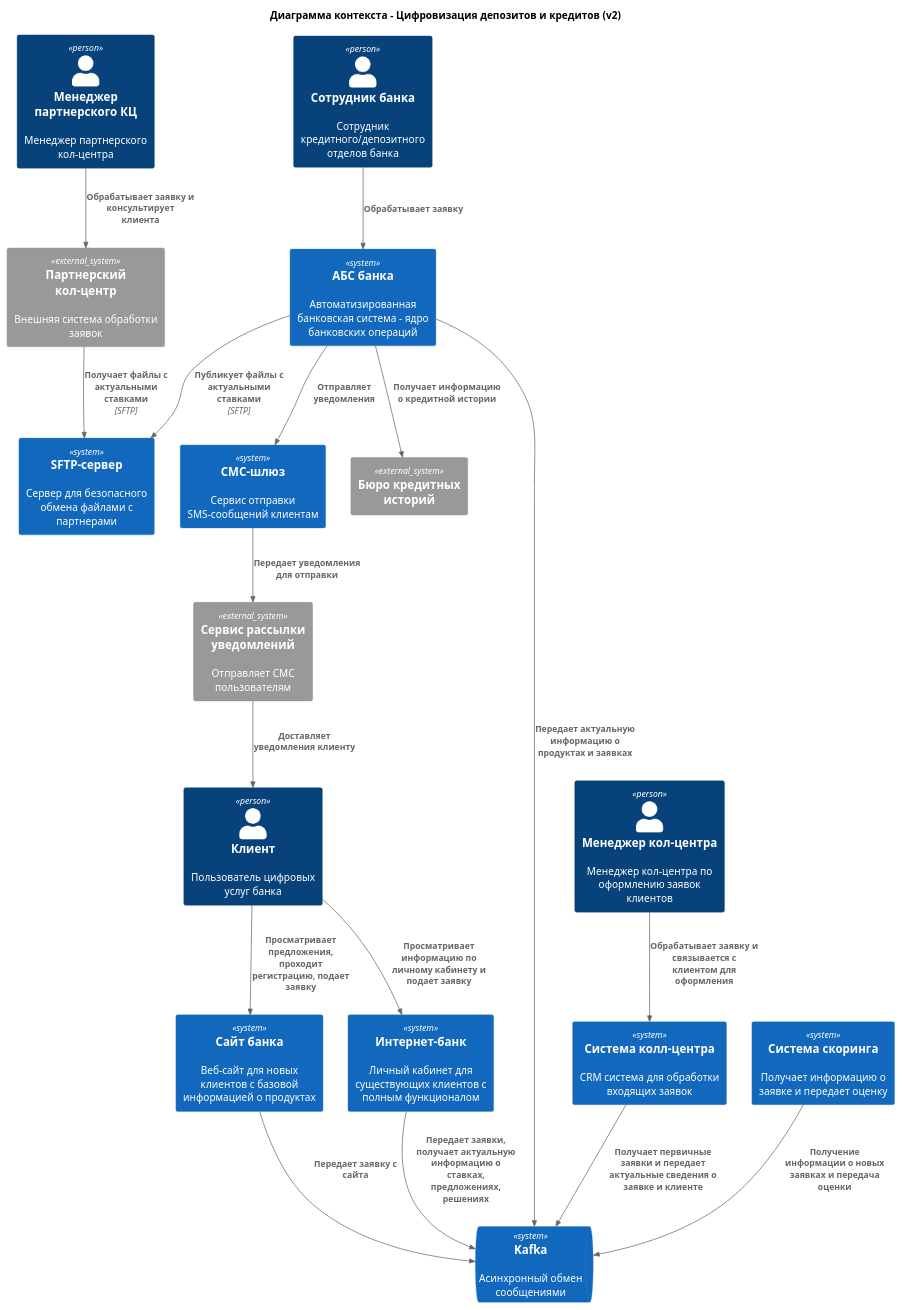
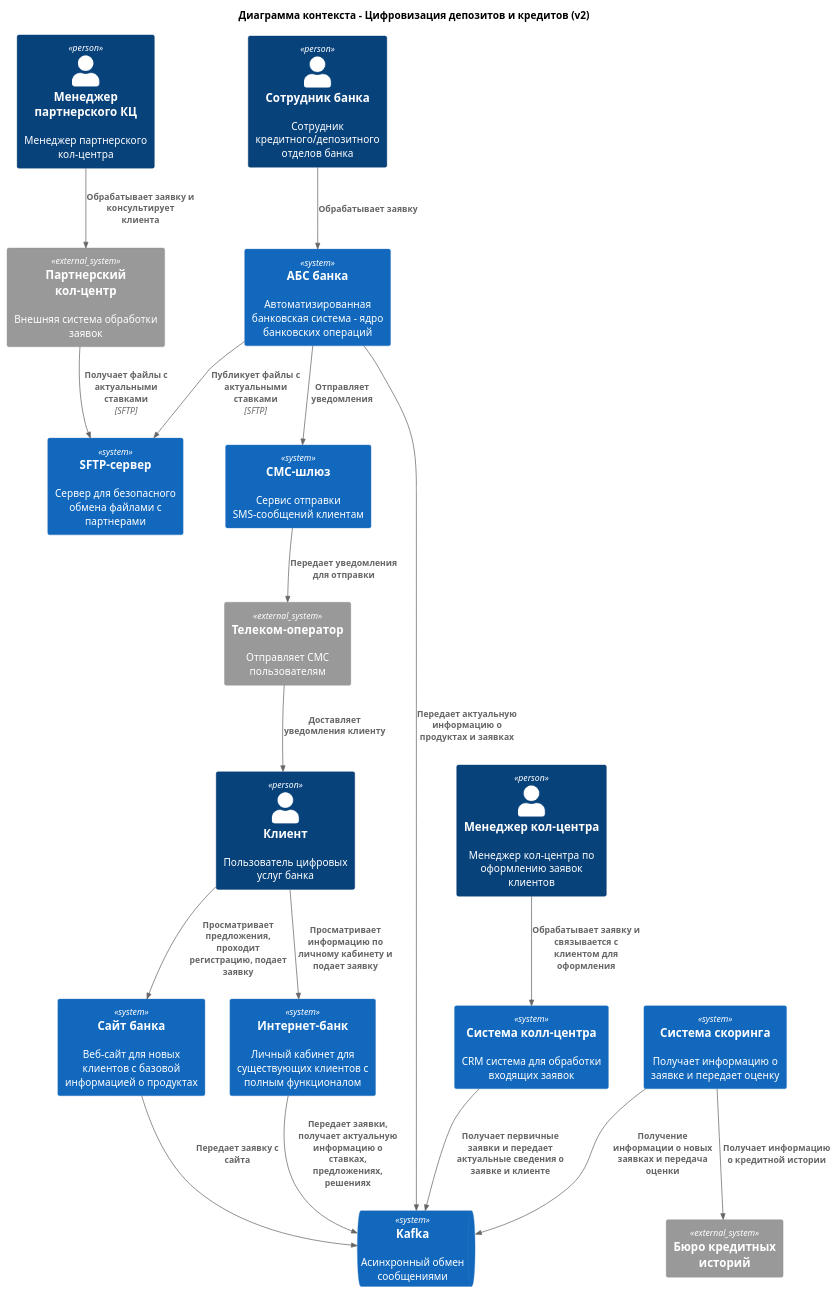
One commit to xSparKIx/architecture-pro-standart changed the diagram in Task4/diagrams/Context.puml. Above: the diagram before and after it, drawn with PlantUML. The commit also changed 4 other files, not shown here.

```diff
--- a/Task4/diagrams/Context.puml
+++ b/Task4/diagrams/Context.puml
@@ -1,52 +1,52 @@
 @startuml context_diagram
 
 !include ../templates/C4_Context.puml
 
 title Диаграмма контекста - Цифровизация депозитов и кредитов (v2)
 
 Person(client, "Клиент", "Пользователь цифровых услуг банка")
 Person(manager, "Сотрудник банка", "Сотрудник кредитного/депозитного отделов банка")
 Person(CallManager, "Менеджер кол-центра", "Менеджер кол-центра по оформлению заявок клиентов")
 Person(PartnerCallManager, "Менеджер партнерского КЦ", "Менеджер партнерского кол-центра")
 
 System(site, "Сайт банка", "Веб-сайт для новых клиентов с базовой информацией о продуктах")
 System(InternetBank, "Интернет-банк", "Личный кабинет для существующих клиентов с полным функционалом")
 System(abc, "АБС банка", "Автоматизированная банковская система - ядро банковских операций")
 System(CallCenter, "Система колл-центра", "CRM система для обработки входящих заявок")
 System_Ext(PartnerCallCenter, "Партнерский кол-центр", "Внешняя система обработки заявок")
 System(SMSGateway, "СМС-шлюз", "Сервис отправки SMS-сообщений клиентам")
-System_Ext(SMSService, "Сервис рассылки уведомлений", "Отправляет СМС пользователям")
+System_Ext(SMSService, "Телеком-оператор", "Отправляет СМС пользователям")
 System_Ext(KreditHistorySystem, "Бюро кредитных историй")
 System(ScoringSystem, "Система скоринга", "Получает информацию о заявке и передает оценку")
 System(SFTPServer, "SFTP-сервер", "Сервер для безопасного обмена файлами с партнерами")
 
 SystemQueue(broker, "Kafka", "Асинхронный обмен сообщениями")
 
 ' Связи клиента
 Rel(client, site, "Просматривает предложения, проходит регистрацию, подает заявку")
 Rel(client, InternetBank, "Просматривает информацию по личному кабинету и подает заявку")
 Rel(SMSService, client, "Доставляет уведомления клиенту")
 
 ' Связи кол-центра
 Rel(site, broker, "Передает заявку с сайта")
 Rel(CallManager, CallCenter, "Обрабатывает заявку и связывается с клиентом для оформления")
 Rel(CallCenter, broker, "Получает первичные заявки и передает актуальные сведения о заявке и клиенте")
 
 ' Связи АБС
 Rel(manager, abc, "Обрабатывает заявку")
 Rel(abc, SMSGateway, "Отправляет уведомления")
-Rel(abc, KreditHistorySystem, "Получает информацию о кредитной истории")
+Rel(abc, broker, "Передает актуальную информацию о продуктах и заявках")
 
 ' Связи интернет-банка
 Rel(InternetBank, broker, "Передает заявки, получает актуальную информацию о ставках, предложениях, решениях")
 
 Rel(SMSGateway, SMSService, "Передает уведомления для отправки")
 Rel(ScoringSystem, broker, "Получение информации о новых заявках и передача оценки")
-Rel(abc, broker, "Передает актуальную информацию о продуктах и заявках")
+Rel(ScoringSystem, KreditHistorySystem, "Получает информацию о кредитной истории")
 
 ' Добавление предложений
 Rel(PartnerCallManager, PartnerCallCenter, "Обрабатывает заявку и консультирует клиента")
 Rel(PartnerCallCenter, SFTPServer, "Получает файлы с актуальными ставками", "SFTP")
 Rel(abc, SFTPServer, "Публикует файлы с актуальными ставками", "SFTP")
 
 @enduml
```
